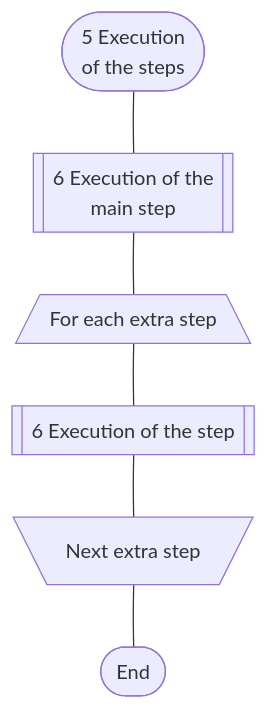
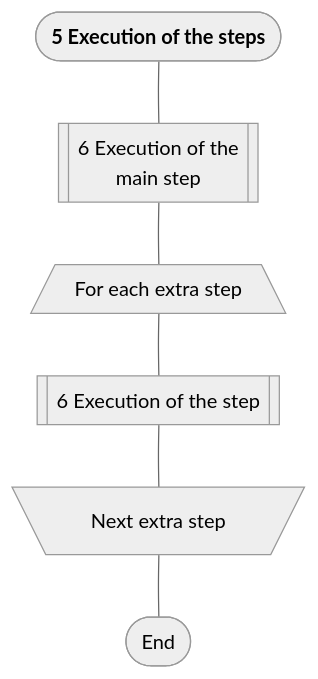
One commit to savushkin-r-d/ptusa_main changed the third of 5 diagrams in readme.md. Above: the diagram before and after it, drawn with Mermaid. The commit also changed other lines of this file and 1 other file, not shown here.

````diff
--- a/readme.md
+++ b/readme.md
@@ -56,11 +60,11 @@
 ``` mermaid
+%%{ init: {'theme': 'neutral'} }%%
 
 flowchart TD
-
-    A([5 Execution <br/> of the steps]) --- A1[[6 Execution of the <br/> main step]]
-    A1 --- B[/For each extra step\]
+    A([<b>5 Execution of the steps</b>]) --- A1[[6 Execution of the <br/> main step]]
+    A1 --- B[/<p style='width:150px'> For each extra step\]
     B --- C[[6 Execution of the step]]
-    C --- D[\Next extra step/]
+    C --- D[\<p style='width:150px'> Next extra step/]
     D --- E([End])
 
 ```
````
